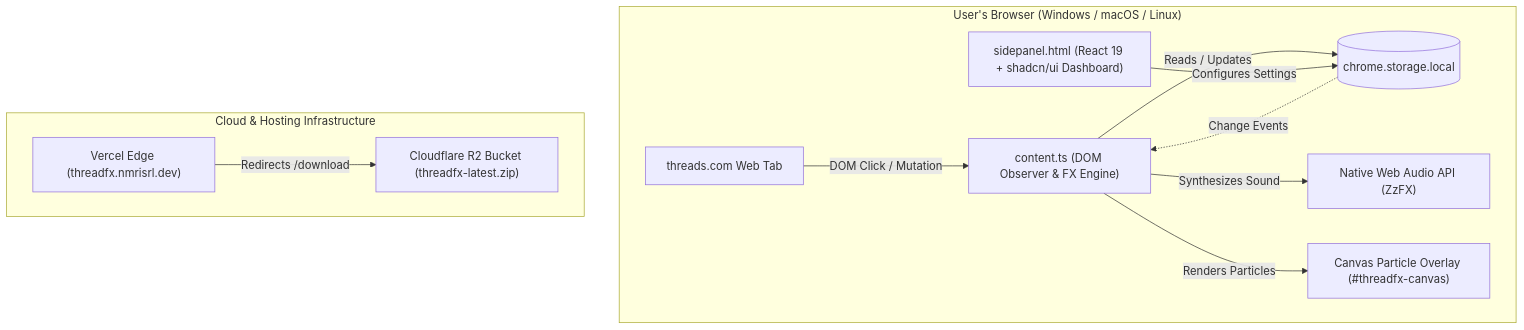
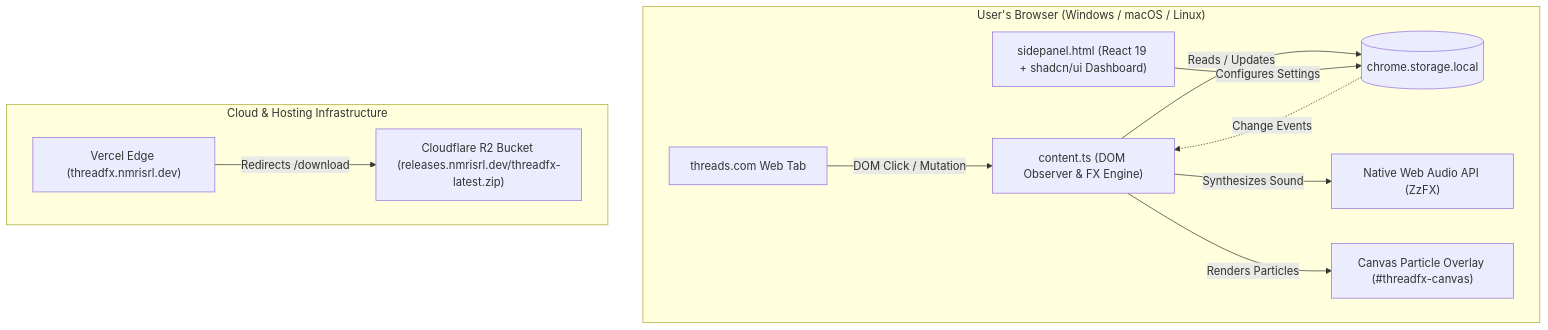
One commit to nmrisrl11/threadfx changed the first of 2 diagrams in docs/ARCHITECTURE.md. Above: the diagram before and after it, drawn with Mermaid. The commit also changed other lines of this file and 6 other files, not shown here.

````diff
--- a/docs/ARCHITECTURE.md
+++ b/docs/ARCHITECTURE.md
@@ -11,25 +11,25 @@
 ```mermaid
 graph TD
     subgraph Browser["User's Browser (Windows / macOS / Linux)"]
         ThreadsTab["threads.com Web Tab"]
         ContentScript["content.ts (DOM Observer & FX Engine)"]
         SidePanel["sidepanel.html (React 19 + shadcn/ui Dashboard)"]
         ChromeStorage[("chrome.storage.local")]
         AudioCtx["Native Web Audio API (ZzFX)"]
         CanvasOverlay["Canvas Particle Overlay (#threadfx-canvas)"]
 
         ThreadsTab -->|DOM Click / Mutation| ContentScript
         ContentScript -->|Reads / Updates| ChromeStorage
         SidePanel -->|Configures Settings| ChromeStorage
         ChromeStorage -.->|Change Events| ContentScript
         ContentScript -->|Synthesizes Sound| AudioCtx
         ContentScript -->|Renders Particles| CanvasOverlay
     end
 
     subgraph Infrastructure["Cloud & Hosting Infrastructure"]
         Vercel["Vercel Edge (threadfx.nmrisrl.dev)"]
-        R2["Cloudflare R2 Bucket (threadfx-latest.zip)"]
+        R2["Cloudflare R2 Bucket (releases.nmrisrl.dev/threadfx-latest.zip)"]
 
         Vercel -->|Redirects /download| R2
     end
 ```
````
